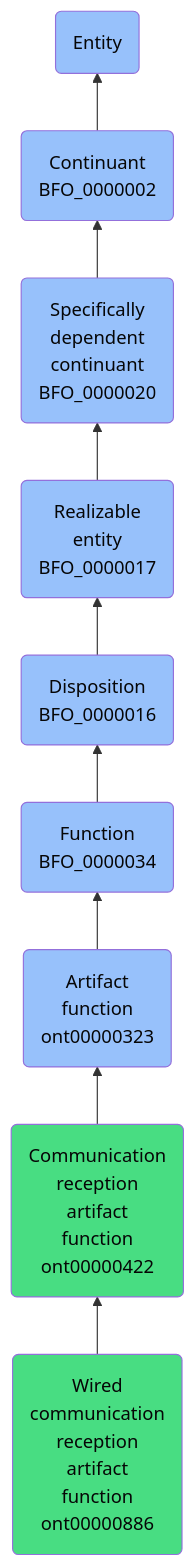
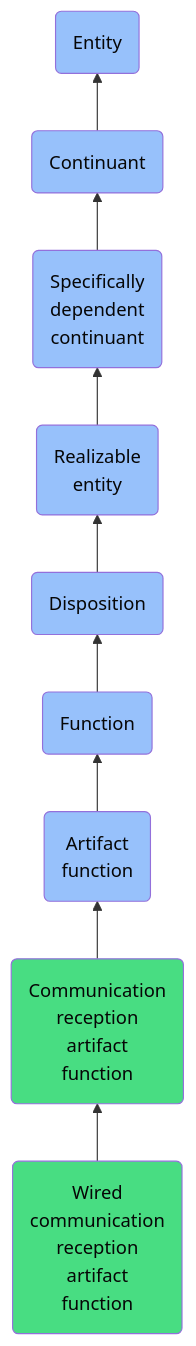
The diagram in docs/ontology/reference/model/Entity/Continuant/Specifically dependent continuant/Realizable entity/Disposition/Function/Artifact function/Communication reception artifact function/Wired communication reception artifact function/Wired communication reception artifact function.md (jupyter-naas/abi), drawn with Mermaid before and after one commit. The commit also changed other lines of this file and 1430 other files, not shown here.

````diff
--- a/docs/ontology/reference/model/Entity/Continuant/Specifically dependent continuant/Realizable entity/Disposition/Function/Artifact function/Communication reception artifact function/Wired communication reception artifact function/Wired communication reception artifact function.md
+++ b/docs/ontology/reference/model/Entity/Continuant/Specifically dependent continuant/Realizable entity/Disposition/Function/Artifact function/Communication reception artifact function/Wired communication reception artifact function/Wired communication reception artifact function.md
@@ -24,16 +24,16 @@
 ```mermaid
 graph BT
-    ont00000886(Wired<br>communication<br>reception<br>artifact<br>function<br>ont00000886):::ABI-->ont00000422
-    ont00000422(Communication<br>reception<br>artifact<br>function<br>ont00000422):::ABI-->ont00000323
-    ont00000323(Artifact<br>function<br>ont00000323):::BFO-->BFO_0000034
-    BFO_0000034(Function<br>BFO_0000034):::BFO-->BFO_0000016
-    BFO_0000016(Disposition<br>BFO_0000016):::BFO-->BFO_0000017
-    BFO_0000017(Realizable<br>entity<br>BFO_0000017):::BFO-->BFO_0000020
-    BFO_0000020(Specifically<br>dependent<br>continuant<br>BFO_0000020):::BFO-->BFO_0000002
-    BFO_0000002(Continuant<br>BFO_0000002):::BFO-->BFO_0000001
+    ont00000886(Wired<br>communication<br>reception<br>artifact<br>function):::ABI-->ont00000422
+    ont00000422(Communication<br>reception<br>artifact<br>function):::ABI-->ont00000323
+    ont00000323(Artifact<br>function):::BFO-->BFO_0000034
+    BFO_0000034(Function):::BFO-->BFO_0000016
+    BFO_0000016(Disposition):::BFO-->BFO_0000017
+    BFO_0000017(Realizable<br>entity):::BFO-->BFO_0000020
+    BFO_0000020(Specifically<br>dependent<br>continuant):::BFO-->BFO_0000002
+    BFO_0000002(Continuant):::BFO-->BFO_0000001
     BFO_0000001(Entity):::BFO
     
     classDef BFO fill:#97c1fb,color:#060606
     classDef CCO fill:#e4c51e,color:#060606
     classDef ABI fill:#48DD82,color:#060606
 ```
````
